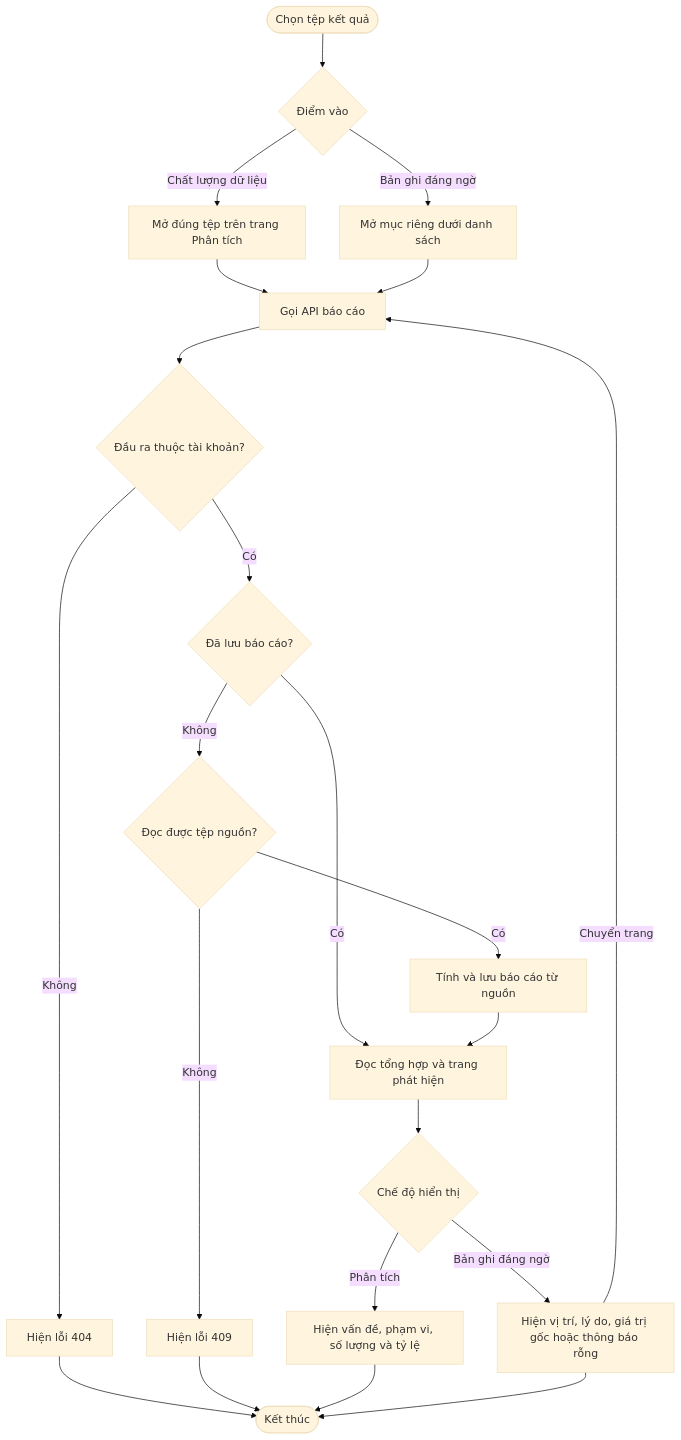
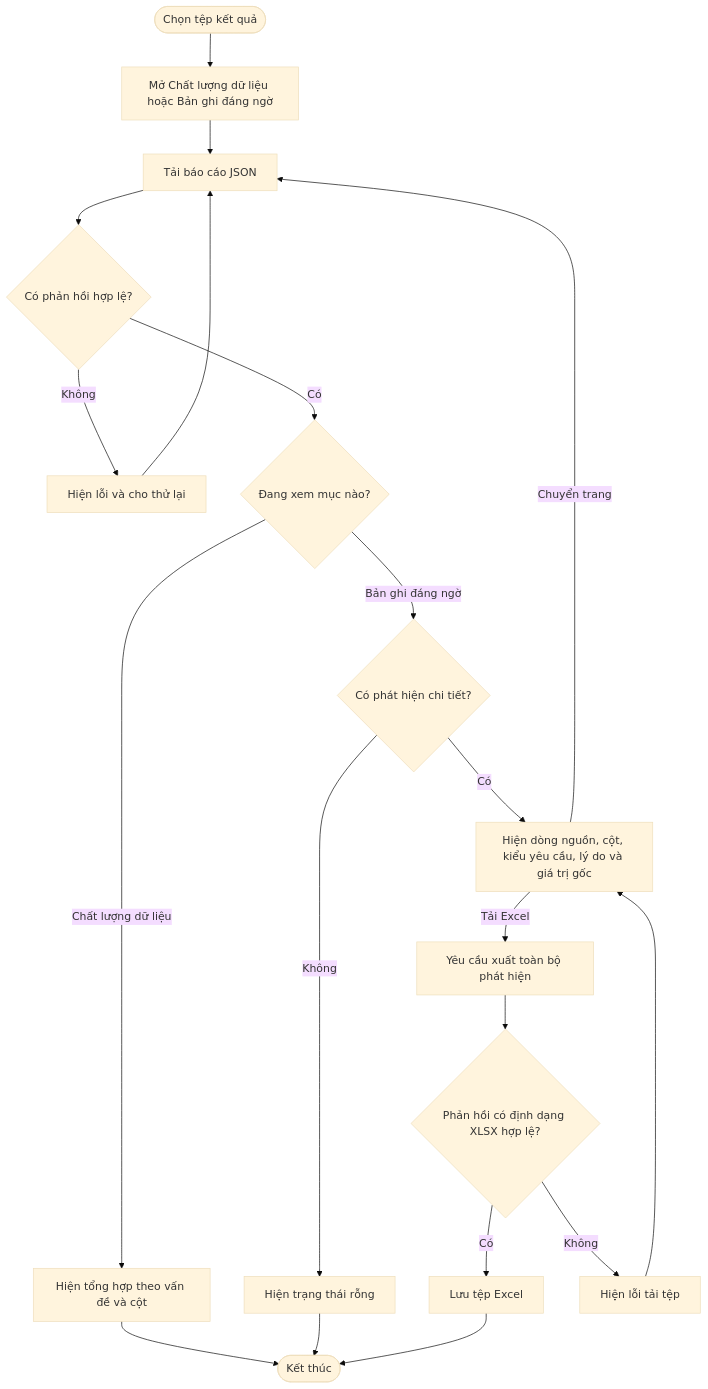
Diagram 21 of 24 in docs/diagrams/So-do-activity-va-sequence.md (tuoicaominh/DATA-CLEANING-AND-ANALYSIS-), drawn with Mermaid (base theme) before and after one commit. The commit also changed other lines of this file and 2 other files, not shown here.

First line of the commit message:
docs: Cập nhật sơ đồ và báo cáo chức năng làm sạch dữ liệu

````diff
--- a/docs/diagrams/So-do-activity-va-sequence.md
+++ b/docs/diagrams/So-do-activity-va-sequence.md
@@ -546,24 +554,22 @@
 ```mermaid
 flowchart TD
-    A([Chọn tệp kết quả]) --> B{"Điểm vào"}
-    B -- Chất lượng dữ liệu --> C["Mở đúng tệp trên trang Phân tích"]
-    B -- Bản ghi đáng ngờ --> D["Mở mục riêng dưới danh sách"]
-    C --> E["Gọi API báo cáo"]
-    D --> E
-    E --> F{"Đầu ra thuộc tài khoản?"}
-    F -- Không --> G["Hiện lỗi 404"]
-    F -- Có --> H{"Đã lưu báo cáo?"}
-    H -- Có --> L["Đọc tổng hợp và trang phát hiện"]
-    H -- Không --> I{"Đọc được tệp nguồn?"}
-    I -- Không --> J["Hiện lỗi 409"]
-    I -- Có --> K["Tính và lưu báo cáo từ nguồn"]
-    K --> L
-    L --> M{"Chế độ hiển thị"}
-    M -- Phân tích --> N["Hiện vấn đề, phạm vi, số lượng và tỷ lệ"]
-    M -- Bản ghi đáng ngờ --> O["Hiện vị trí, lý do, giá trị gốc hoặc thông báo rỗng"]
-    O -- Chuyển trang --> E
-    G --> P([Kết thúc])
-    J --> P
-    N --> P
-    O --> P
+    start([Chọn tệp kết quả]) --> openReport["Mở Chất lượng dữ liệu hoặc Bản ghi đáng ngờ"]
+    openReport --> loadPage["Tải báo cáo JSON"]
+    loadPage --> success{"Có phản hồi hợp lệ?"}
+    success -->|Không| retry["Hiện lỗi và cho thử lại"]
+    retry --> loadPage
+    success -->|Có| mode{"Đang xem mục nào?"}
+    mode -->|Chất lượng dữ liệu| summary["Hiện tổng hợp theo vấn đề và cột"]
+    mode -->|Bản ghi đáng ngờ| findings{"Có phát hiện chi tiết?"}
+    findings -->|Không| empty["Hiện trạng thái rỗng"]
+    findings -->|Có| detail["Hiện dòng nguồn, cột, kiểu yêu cầu, lý do và giá trị gốc"]
+    detail -->|Chuyển trang| loadPage
+    detail -->|Tải Excel| download["Yêu cầu xuất toàn bộ phát hiện"]
+    download --> valid{"Phản hồi có định dạng XLSX hợp lệ?"}
+    valid -->|Có| save["Lưu tệp Excel"]
+    valid -->|Không| error["Hiện lỗi tải tệp"]
+    error --> detail
+    summary --> done([Kết thúc])
+    empty --> done
+    save --> done
 ```
````
